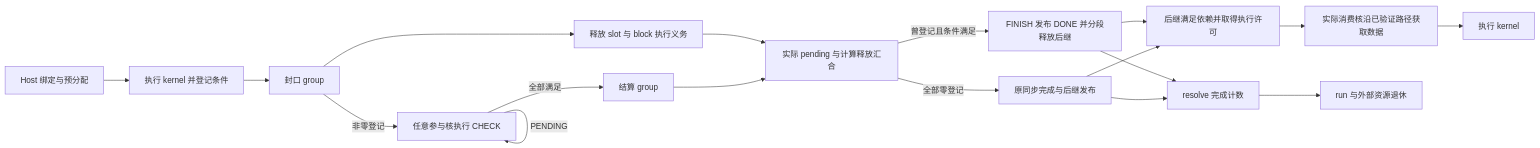
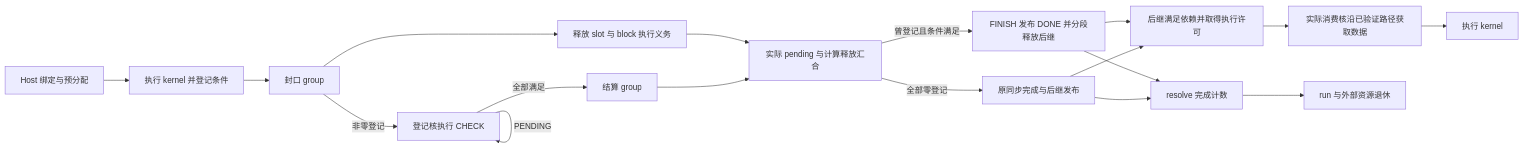
The diagram in docs/zh-cn/design/a5-hbg-async-completion.md (hw-native-sys/simpler), drawn with Mermaid before and after one commit. The commit also changed other lines of this file and 127 other files, not shown here.

````diff
--- a/docs/zh-cn/design/a5-hbg-async-completion.md
+++ b/docs/zh-cn/design/a5-hbg-async-completion.md
@@ -38,20 +40,20 @@
 ```mermaid
 flowchart LR
     H[Host 绑定与预分配] --> K[执行 kernel 并登记条件]
     K --> S[封口 group]
     S --> R[释放 slot 与 block 执行义务]
-    S -->|非零登记| C[任意参与核执行 CHECK]
+    S -->|非零登记| C[登记核执行 CHECK]
     C -->|PENDING| C
     C -->|全部满足| G[结算 group]
     R --> J[实际 pending 与计算释放汇合]
     G --> J
     J -->|曾登记且条件满足| F[FINISH 发布 DONE 并分段释放后继]
     J -->|全部零登记| T[原同步完成与后继发布]
     F --> A[后继满足依赖并取得执行许可]
     T --> A
     A --> P[实际消费核沿已验证路径获取数据]
     P --> D[执行 kernel]
     F --> Q[resolve 完成计数]
     T --> Q
     Q --> X[run 与外部资源退休]
 ```
````
